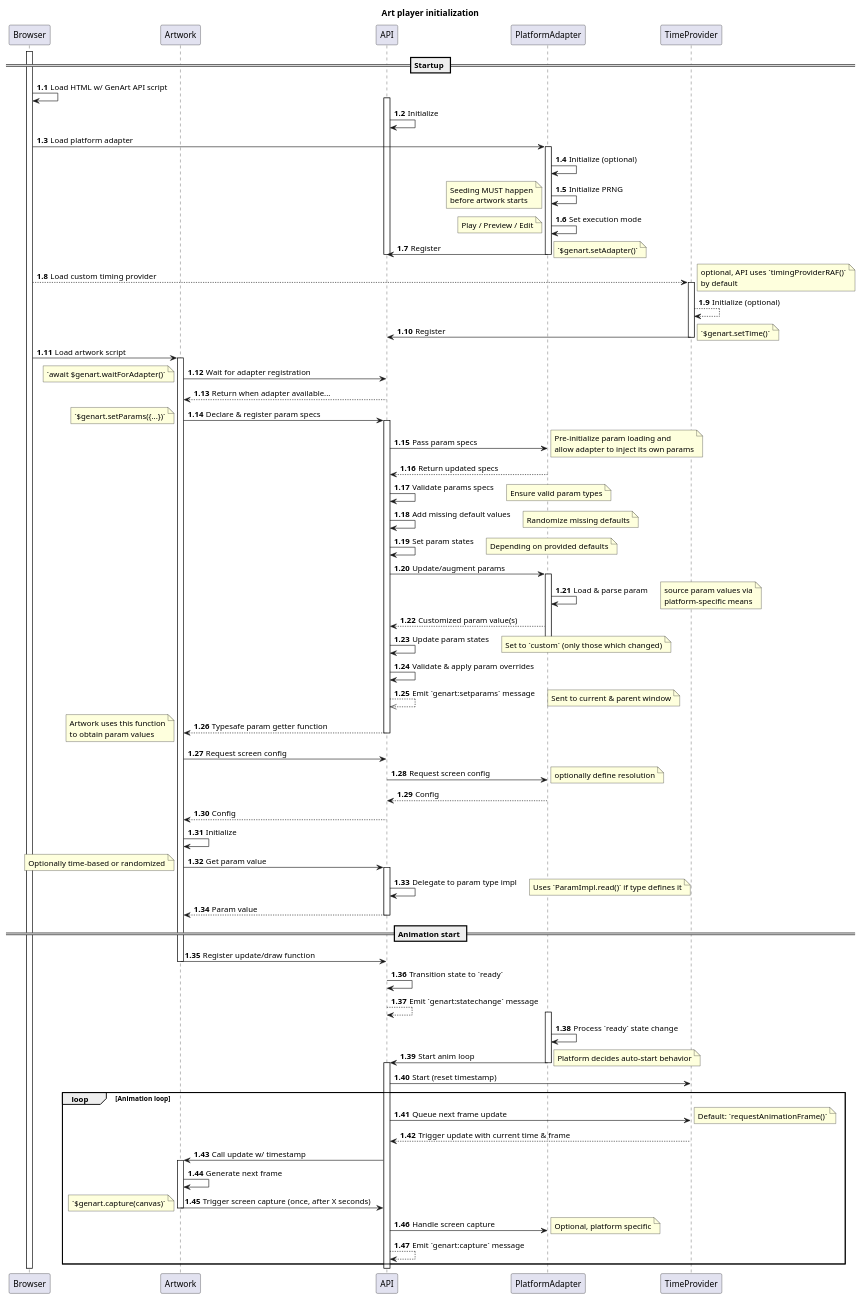
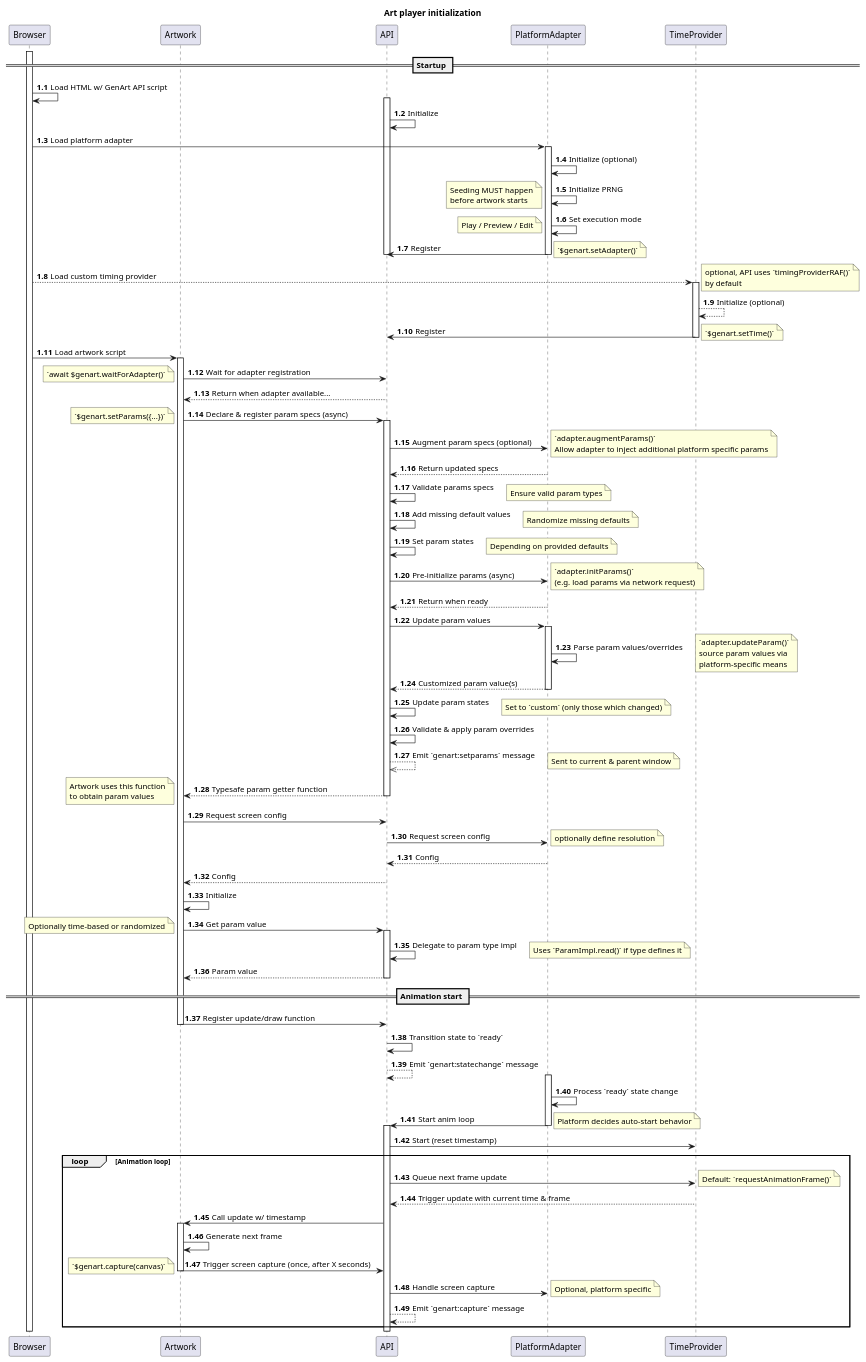
One commit to thi-ng/genart-api changed the diagram in diagrams/lifecycle.puml. Above: the diagram before and after it, drawn with PlantUML. The commit also changed 1 other file, not shown here.

Commit message:
docs: update lifecycle diagram

```diff
--- a/diagrams/lifecycle.puml
+++ b/diagrams/lifecycle.puml
@@ -1,120 +1,123 @@
 @startuml
 title Art player initialization
 autonumber 1.1
 skinparam pageMargin 10
 
 participant Browser
 participant Artwork
 participant API
 participant PlatformAdapter
 participant TimeProvider
 
 activate Browser
 	== Startup ==
 
 	Browser -> Browser : Load HTML w/ GenArt API script
 	
 	activate API
 		API -> API : Initialize
 		Browser -> PlatformAdapter : Load platform adapter
 		activate PlatformAdapter
 		PlatformAdapter -> PlatformAdapter : Initialize (optional)
 		PlatformAdapter -> PlatformAdapter : Initialize PRNG
 		note left : Seeding MUST happen\nbefore artwork starts
 		PlatformAdapter -> PlatformAdapter : Set execution mode
 		note left : Play / Preview / Edit
 		
 		PlatformAdapter -> API : Register
 		note right : `$genart.setAdapter()`
 		deactivate PlatformAdapter
 	deactivate API
 
 	Browser --> TimeProvider : Load custom timing provider
 	note right : optional, API uses `timingProviderRAF()`\nby default
 	activate TimeProvider
 	TimeProvider --> TimeProvider : Initialize (optional)
 	TimeProvider -> API : Register
 	note right : `$genart.setTime()`
 	deactivate TimeProvider
 
 	Browser -> Artwork : Load artwork script
 	activate Artwork
 		Artwork -> API : Wait for adapter registration
 		note left : `await $genart.waitForAdapter()`
 		API --> Artwork : Return when adapter available...
-		Artwork -> API : Declare & register param specs
+		Artwork -> API : Declare & register param specs (async)
 		activate API
 			note left
 				`$genart.setParams({...})`
 			end note
-			API -> PlatformAdapter : Pass param specs
-			note right : Pre-initialize param loading and\nallow adapter to inject its own params
+			API -> PlatformAdapter : Augment param specs (optional)
+			note right : `adapter.augmentParams()`\nAllow adapter to inject additional platform specific params
 			PlatformAdapter --> API : Return updated specs
 			API -> API : Validate params specs
 			note right : Ensure valid param types
 			API -> API : Add missing default values
 			note right : Randomize missing defaults
 			API -> API : Set param states
 			note right : Depending on provided defaults
-			API -> PlatformAdapter : Update/augment params
+			API -> PlatformAdapter : Pre-initialize params (async)
+			note right : `adapter.initParams()`\n(e.g. load params via network request)
+			PlatformAdapter --> API : Return when ready
+			API -> PlatformAdapter : Update param values
 			activate PlatformAdapter
-				PlatformAdapter -> PlatformAdapter : Load & parse param
-				note right : source param values via\nplatform-specific means
+				PlatformAdapter -> PlatformAdapter : Parse param values/overrides
+				note right : `adapter.updateParam()`\nsource param values via\nplatform-specific means
 				PlatformAdapter --> API : Customized param value(s)
-				API -> API : Update param states
-				note right : Set to `custom` (only those which changed)
 			deactivate PlatformAdapter
+			API -> API : Update param states
+			note right : Set to `custom` (only those which changed)
 
 			API -> API : Validate & apply param overrides
 			API -->> API : Emit `genart:setparams` message
 			note right : Sent to current & parent window
 			API --> Artwork : Typesafe param getter function
 			note left : Artwork uses this function\nto obtain param values
 		deactivate API
 
 		Artwork -> API : Request screen config
 		API -> PlatformAdapter : Request screen config
 		note right : optionally define resolution
 		PlatformAdapter --> API : Config
 		API --> Artwork : Config
 		Artwork -> Artwork : Initialize
 		Artwork -> API : Get param value
 		note left : Optionally time-based or randomized
 		activate API
 			API -> API : Delegate to param type impl
 			note right : Uses `ParamImpl.read()` if type defines it
 			API --> Artwork : Param value
 		deactivate API
 
 	== Animation start ==
 	Artwork ->	API : Register update/draw function
 	deactivate Artwork
 	API -> API : Transition state to `ready`
 	API --> API : Emit `genart:statechange` message
 	activate PlatformAdapter
 		PlatformAdapter -> PlatformAdapter : Process `ready` state change
 		PlatformAdapter -> API : Start anim loop
 		note right : Platform decides auto-start behavior
 	deactivate PlatformAdapter
 
 	activate API
 		API -> TimeProvider : Start (reset timestamp)
 		loop Animation loop
 			API -> TimeProvider : Queue next frame update
 			note right : Default: `requestAnimationFrame()`
 			TimeProvider --> API : Trigger update with current time & frame
 			API -> Artwork : Call update w/ timestamp
 			activate Artwork
 			Artwork -> Artwork : Generate next frame
 			Artwork -> API : Trigger screen capture (once, after X seconds)
 			note left: `$genart.capture(canvas)`
 			deactivate Artwork
 			API -> PlatformAdapter : Handle screen capture
 			note right : Optional, platform specific
 			API --> API : Emit `genart:capture` message
 		end
 	deactivate API
 
 deactivate Browser
 
 @enduml
```
